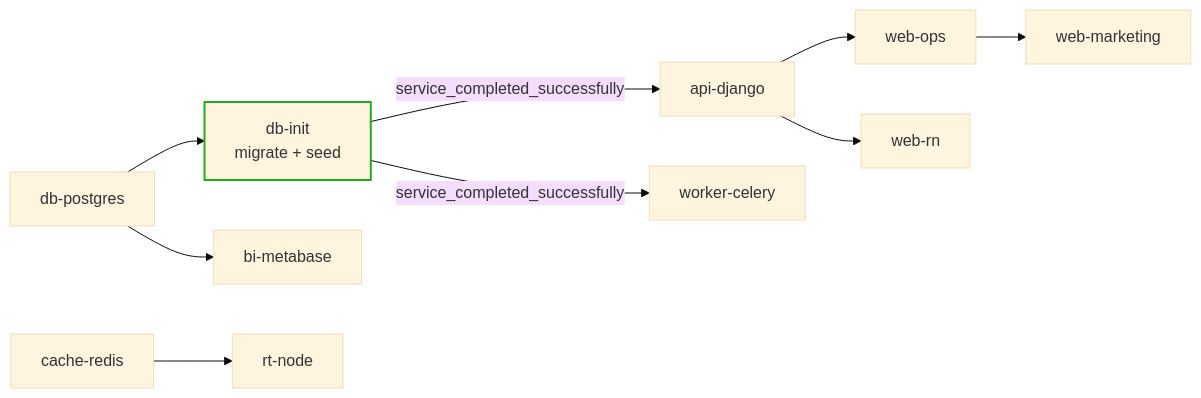
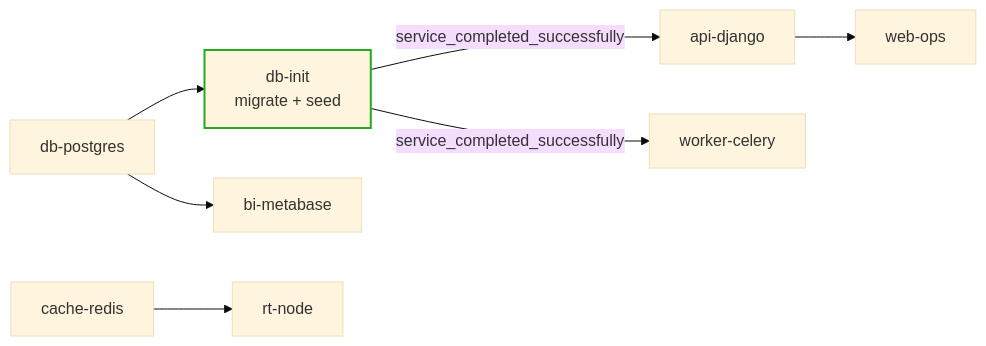
One commit to waggertron/home-health-provider-skeleton changed the third of 10 diagrams in docs/architecture.md. Above: the diagram before and after it, drawn with Mermaid (base theme). The commit also changed other lines of this file, not shown here.

First line of the commit message:
docs(architecture): expand to extensive v1 reference

````diff
--- a/docs/architecture.md
+++ b/docs/architecture.md
@@ -172,14 +202,11 @@
 ```mermaid
 flowchart LR
     pg[db-postgres] --> init[db-init<br/>migrate + seed]
     redis[cache-redis] --> rt[rt-node]
     init -- service_completed_successfully --> api[api-django]
     init -- service_completed_successfully --> worker[worker-celery]
     api --> ops[web-ops]
-    ops --> mkt[web-marketing]
-    api --> rn[web-rn]
     pg --> meta[bi-metabase]
-
     classDef done stroke:#2a2,stroke-width:2px
     class init done
 ```
````
